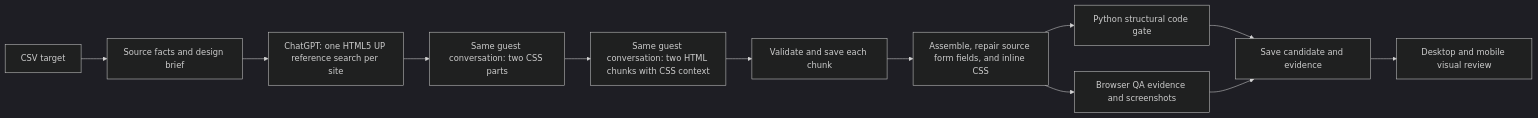
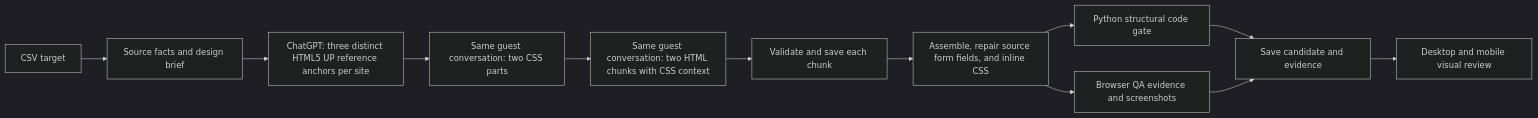
Before and after one commit to hometownredesignsites/git-content: the diagram in chatgpt_automation/README.md, drawn with Mermaid (dark theme). The commit also changed other lines of this file and 8 other files, not shown here.

````diff
--- a/chatgpt_automation/README.md
+++ b/chatgpt_automation/README.md
@@ -5,14 +5,14 @@
 ```mermaid
 flowchart LR
   A[CSV target] --> B[Source facts and design brief]
-  B --> C[ChatGPT: one HTML5 UP reference search per site]
+  B --> C[ChatGPT: three distinct HTML5 UP reference anchors per site]
   C --> D[Same guest conversation: two CSS parts]
   D --> E[Same guest conversation: two HTML chunks with CSS context]
   E --> F[Validate and save each chunk]
   F --> G[Assemble, repair source form fields, and inline CSS]
   G --> H[Python structural code gate]
   G --> I[Browser QA evidence and screenshots]
   H --> J[Save candidate and evidence]
   I --> J
   J --> K[Desktop and mobile visual review]
 ```
````
